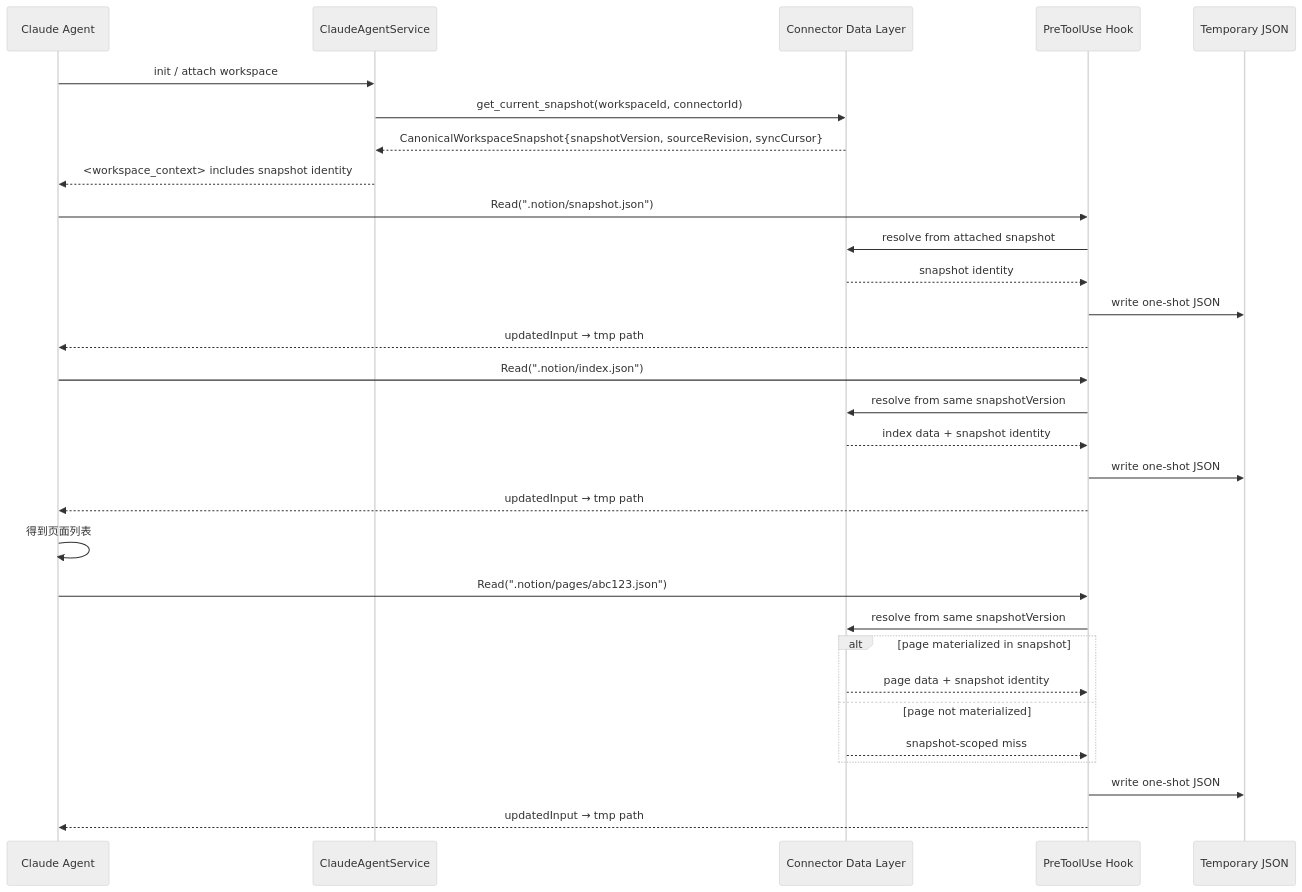
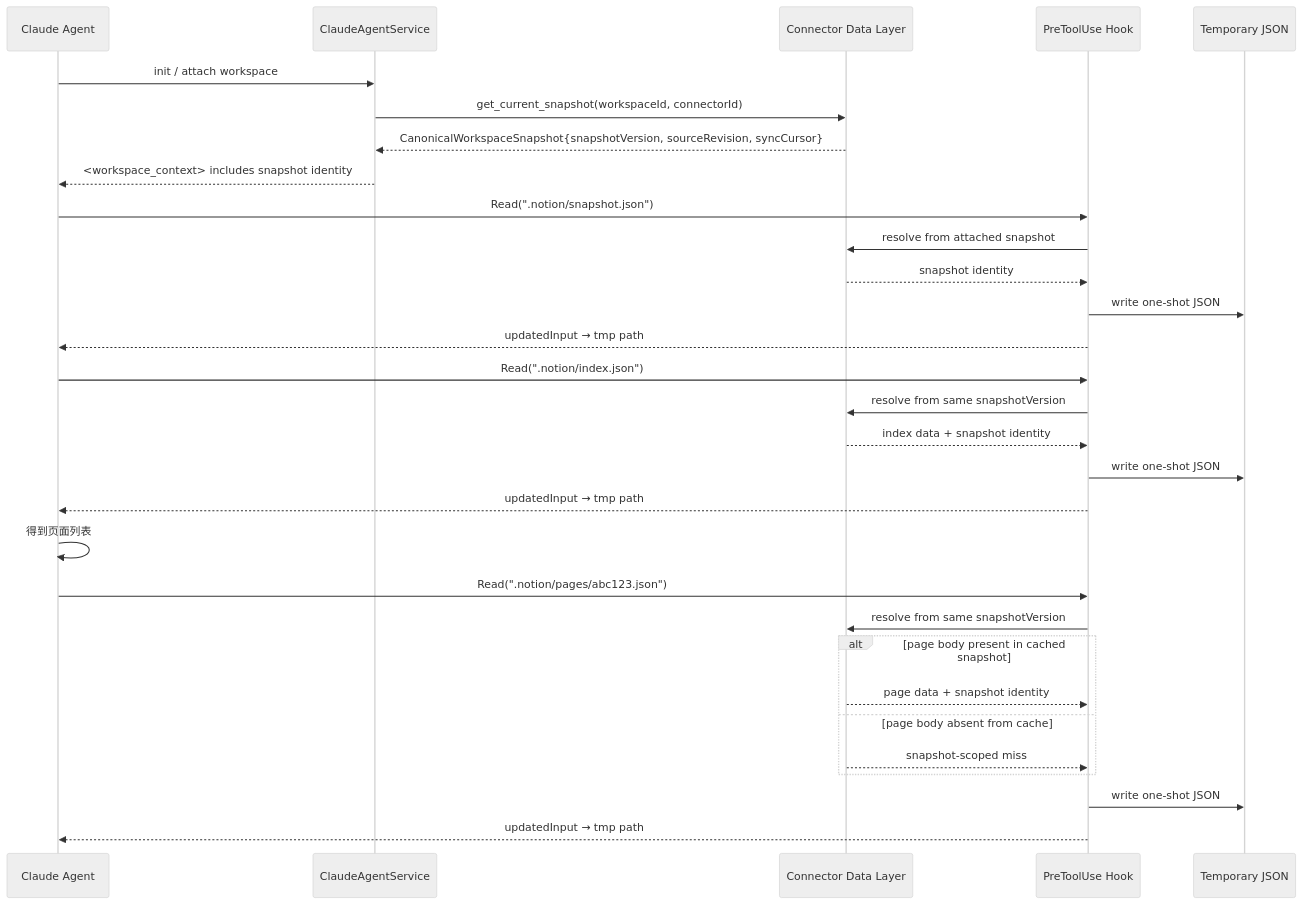
One commit to glide-the/im-dream changed the second of 2 diagrams in docs/design/notion-session/overview.md. Above: the diagram before and after it, drawn with Mermaid (neutral theme). The commit also changed other lines of this file and 51 other files, not shown here.

````diff
--- a/docs/design/notion-session/overview.md
+++ b/docs/design/notion-session/overview.md
@@ -470,36 +470,36 @@
 ```mermaid
 sequenceDiagram
     participant Agent as Claude Agent
     participant Service as ClaudeAgentService
     participant Data as Connector Data Layer
     participant Hook as PreToolUse Hook
     participant Tmp as Temporary JSON
 
     Agent->>Service: init / attach workspace
     Service->>Data: get_current_snapshot(workspaceId, connectorId)
     Data-->>Service: CanonicalWorkspaceSnapshot{snapshotVersion, sourceRevision, syncCursor}
     Service-->>Agent: <workspace_context> includes snapshot identity
 
     Agent->>Hook: Read(".notion/snapshot.json")
     Hook->>Data: resolve from attached snapshot
     Data-->>Hook: snapshot identity
     Hook->>Tmp: write one-shot JSON
     Hook-->>Agent: updatedInput → tmp path
 
     Agent->>Hook: Read(".notion/index.json")
     Hook->>Data: resolve from same snapshotVersion
     Data-->>Hook: index data + snapshot identity
     Hook->>Tmp: write one-shot JSON
     Hook-->>Agent: updatedInput → tmp path
     Agent->>Agent: 得到页面列表
 
     Agent->>Hook: Read(".notion/pages/abc123.json")
     Hook->>Data: resolve from same snapshotVersion
-    alt page materialized in snapshot
+    alt page body present in cached snapshot
         Data-->>Hook: page data + snapshot identity
-    else page not materialized
+    else page body absent from cache
         Data-->>Hook: snapshot-scoped miss
     end
     Hook->>Tmp: write one-shot JSON
     Hook-->>Agent: updatedInput → tmp path
 ```
````
